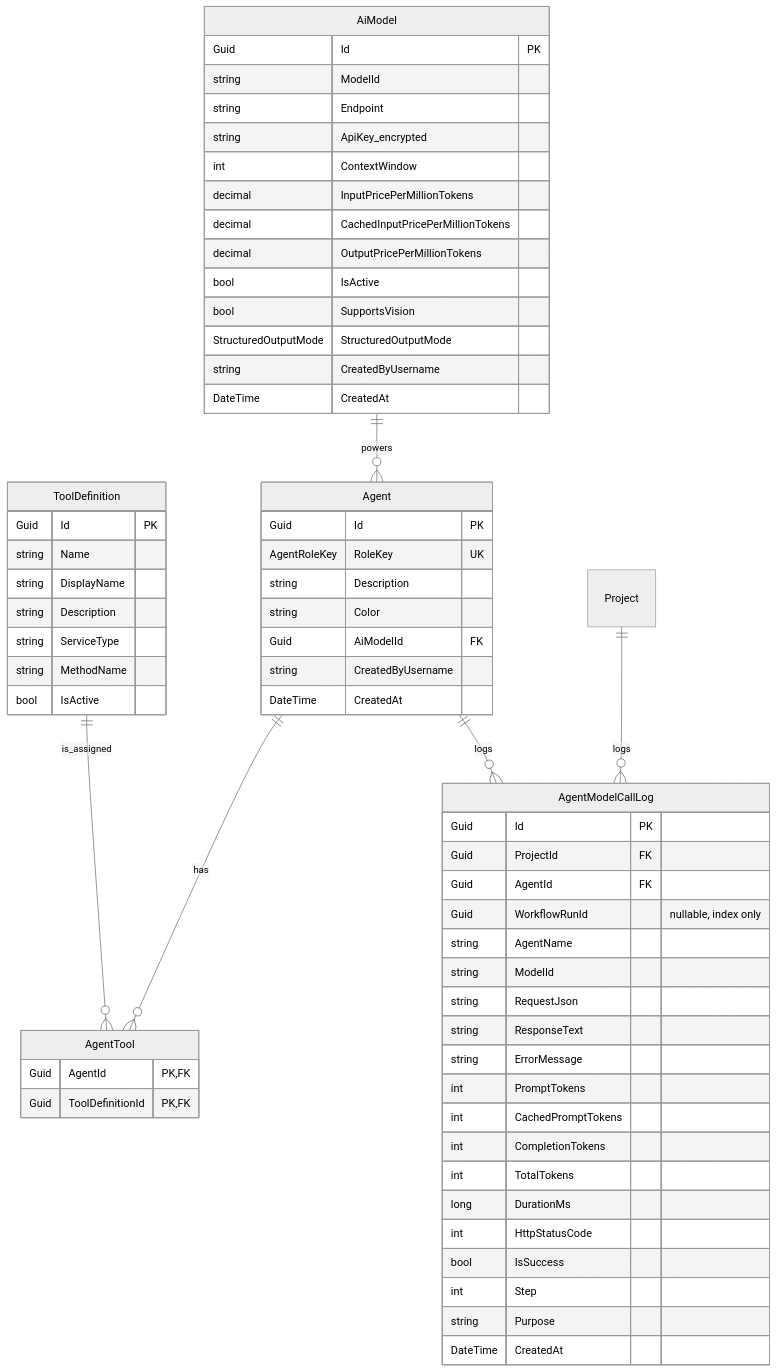
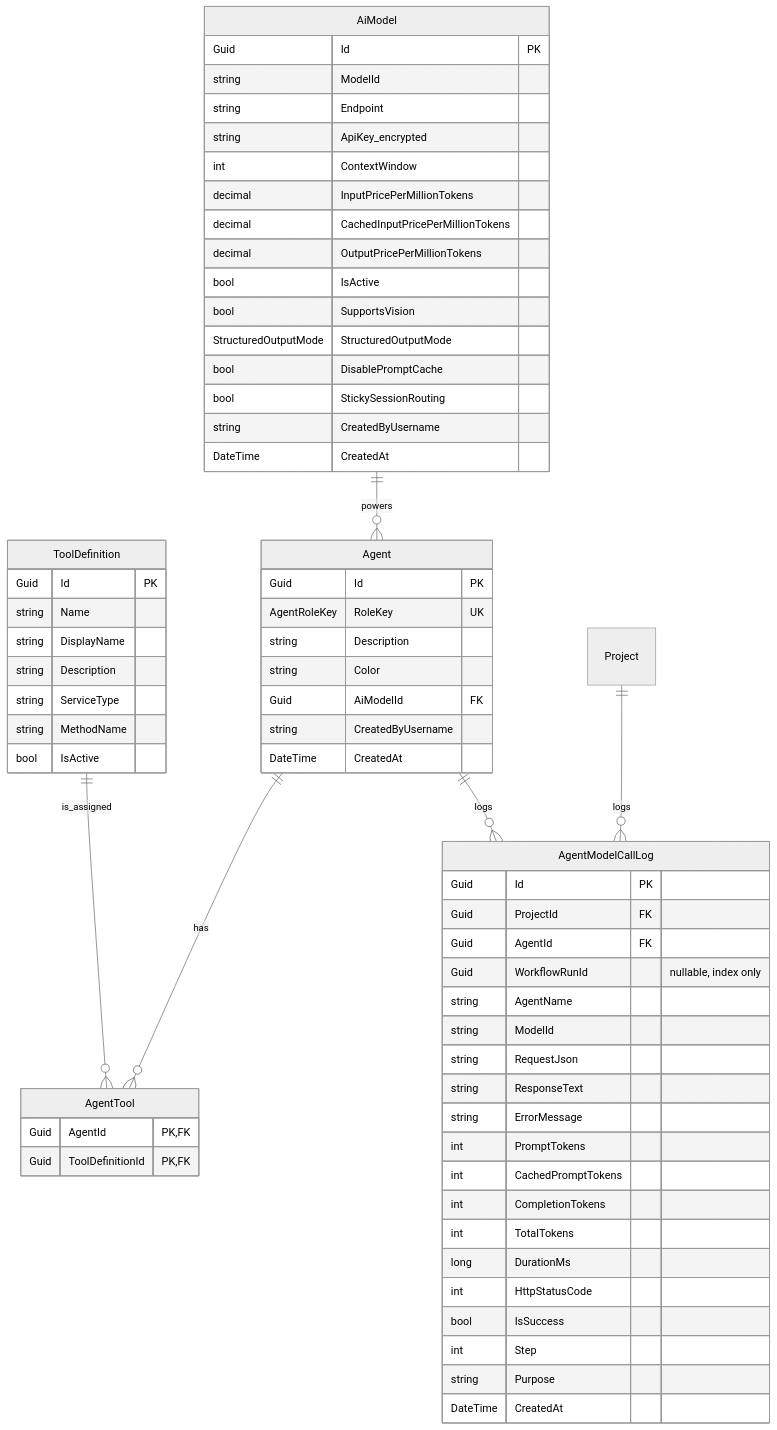
Before and after one commit to Songlong0506/ICOGenerator-v4: the fifth of 9 diagrams in docs/data-model.md, drawn with Mermaid (neutral theme). The commit also changed other lines of this file and 25 other files, not shown here.

````diff
--- a/docs/data-model.md
+++ b/docs/data-model.md
@@ -282,71 +282,73 @@
 ```mermaid
 erDiagram
     AiModel {
         Guid Id PK
         string ModelId
         string Endpoint
         string ApiKey_encrypted
         int ContextWindow
         decimal InputPricePerMillionTokens
         decimal CachedInputPricePerMillionTokens
         decimal OutputPricePerMillionTokens
         bool IsActive
         bool SupportsVision
         StructuredOutputMode StructuredOutputMode
+        bool DisablePromptCache
+        bool StickySessionRouting
         string CreatedByUsername
         DateTime CreatedAt
     }
 
     Agent {
         Guid Id PK
         AgentRoleKey RoleKey UK
         string Description
         string Color
         Guid AiModelId FK
         string CreatedByUsername
         DateTime CreatedAt
     }
 
     ToolDefinition {
         Guid Id PK
         string Name
         string DisplayName
         string Description
         string ServiceType
         string MethodName
         bool IsActive
     }
 
     AgentTool {
         Guid AgentId PK, FK
         Guid ToolDefinitionId PK, FK
     }
 
     AgentModelCallLog {
         Guid Id PK
         Guid ProjectId FK
         Guid AgentId FK
         Guid WorkflowRunId "nullable, index only"
         string AgentName
         string ModelId
         string RequestJson
         string ResponseText
         string ErrorMessage
         int PromptTokens
         int CachedPromptTokens
         int CompletionTokens
         int TotalTokens
         long DurationMs
         int HttpStatusCode
         bool IsSuccess
         int Step
         string Purpose
         DateTime CreatedAt
     }
 
     AiModel ||--o{ Agent : powers
     Agent ||--o{ AgentTool : has
     ToolDefinition ||--o{ AgentTool : is_assigned
     Project ||--o{ AgentModelCallLog : logs
     Agent ||--o{ AgentModelCallLog : logs
 ```
````
